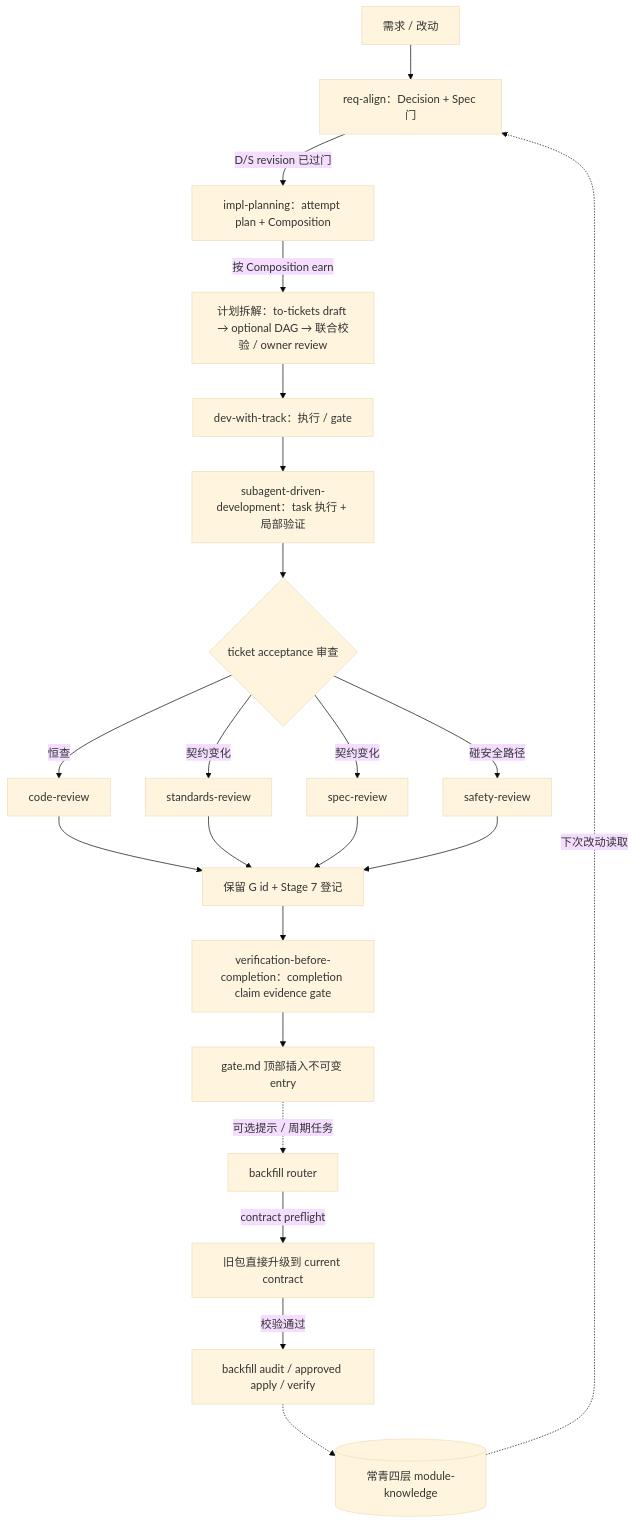
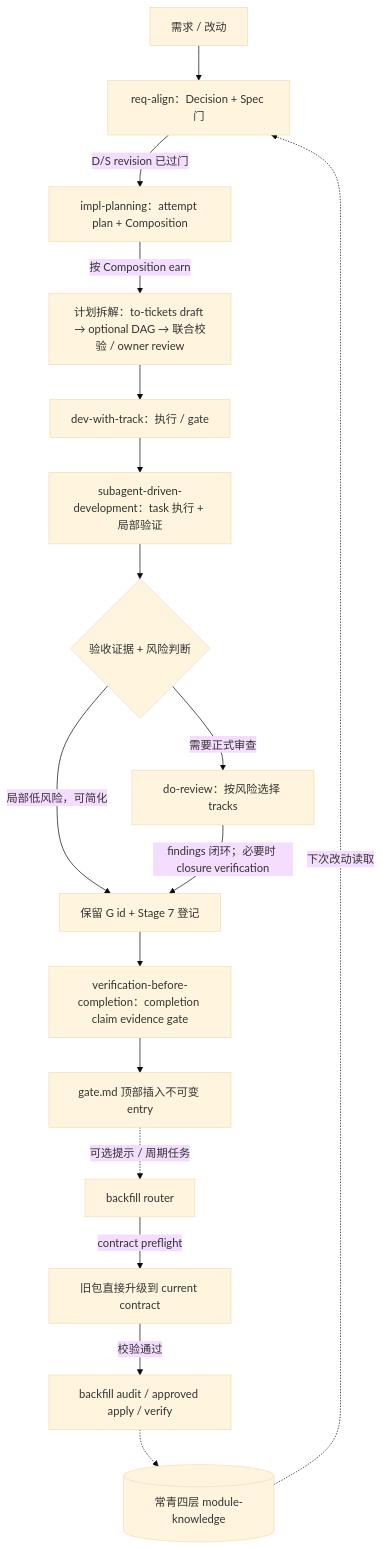
Before and after one commit to fangxiao-dev/agent-workbench: the diagram in skills/impl-package/SKILL.md, drawn with Mermaid (base theme). The commit also changed other lines of this file and 1 other file, not shown here.

Commit message:
docs(impl-package): make review routing risk-driven
- let agents choose a proportionate review route from documented risk and evidence
- reserve closure verification for material findings from a formal review
- retain mandatory completion audits and non-simplifiable safety signals

````diff
--- a/skills/impl-package/SKILL.md
+++ b/skills/impl-package/SKILL.md
@@ -28,24 +28,19 @@
 ```mermaid
 flowchart TD
     Req[需求 / 改动] --> RA[req-align：Decision + Spec 门]
     RA -->|D/S revision 已过门| PL[impl-planning：attempt plan + Composition]
     PL -->|按 Composition earn| PD[计划拆解：to-tickets draft → optional DAG → 联合校验 / owner review]
     PD --> EX[dev-with-track：执行 / gate]
     EX --> SD[subagent-driven-development：task 执行 + 局部验证]
-    SD --> RV{ticket acceptance 审查}
-    RV -->|恒查| CR[code-review]
-    RV -->|契约变化| STR[standards-review]
-    RV -->|契约变化| SPR[spec-review]
-    RV -->|碰安全路径| SR[safety-review]
-    CR --> CAP[保留 G id + Stage 7 登记]
-    STR --> CAP
-    SPR --> CAP
-    SR --> CAP
+    SD --> RV{验收证据 + 风险判断}
+    RV -->|需要正式审查| DR[do-review：按风险选择 tracks]
+    RV -->|局部低风险，可简化| CAP[保留 G id + Stage 7 登记]
+    DR -->|findings 闭环；必要时 closure verification| CAP
     CAP --> VC[verification-before-completion：completion claim evidence gate]
     VC --> GT[gate.md 顶部插入不可变 entry]
     GT -. 可选提示 / 周期任务 .-> BF[backfill router]
     BF -->|contract preflight| UP[旧包直接升级到 current contract]
     UP -->|校验通过| BF2[backfill audit / approved apply / verify]
     BF2 -.-> EV[(常青四层 module-knowledge)]
     EV -. 下次改动读取 .-> RA
 ```
````
